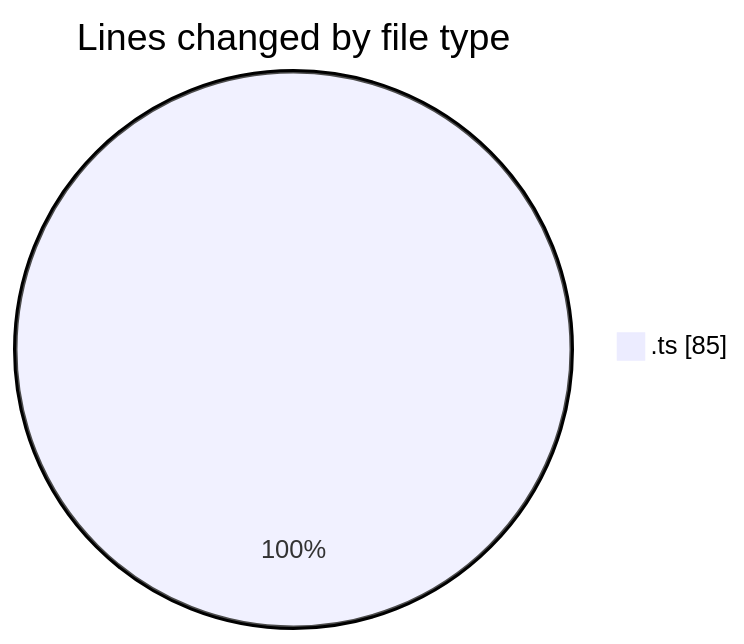
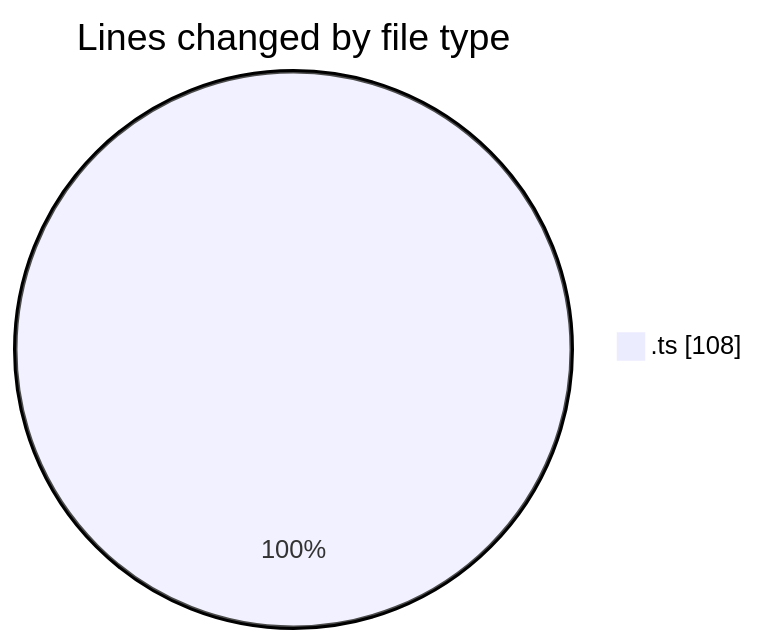
One commit to momahboobian/code-tracking changed the first of 2 diagrams in 2025-08-01/cda/README.md. Above: the diagram before and after it, drawn with Mermaid. The commit also changed other lines of this file and 1 other file, not shown here.

````diff
--- a/2025-08-01/cda/README.md
+++ b/2025-08-01/cda/README.md
@@ -20,5 +20,5 @@
 ```mermaid
 pie showData
 title Lines changed by file type
-".ts" : 85
+".ts" : 108
 ```
````
